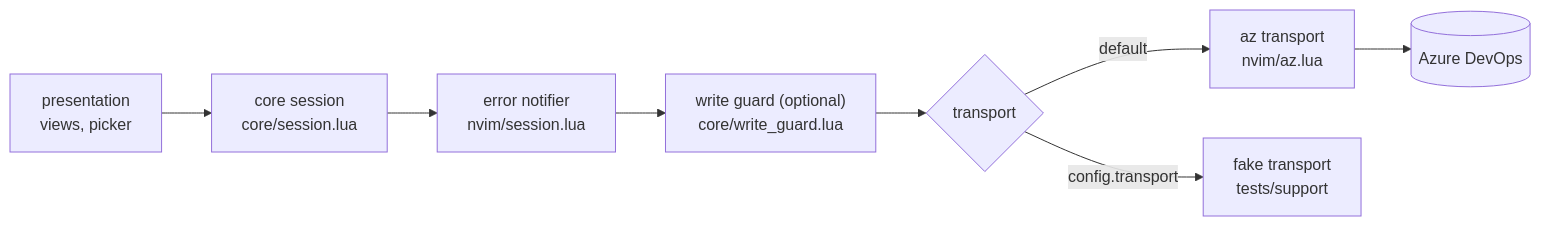
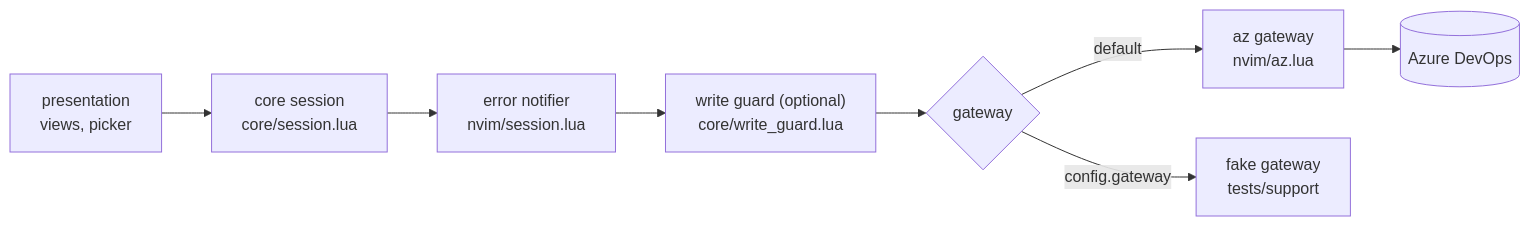
The first of 4 diagrams in docs/architecture.md (xpcoffee/nvim-ado-workitems), drawn with Mermaid before and after one commit. The commit also changed other lines of this file and 55 other files, not shown here.

First line of the commit message:
feat: call the ADO boundary a gateway; setup() takes gateway, transport is a deprecated alias

````diff
--- a/docs/architecture.md
+++ b/docs/architecture.md
@@ -24,10 +29,10 @@
 ```mermaid
 flowchart LR
   UI["presentation<br/>views, picker"] --> S["core session<br/>core/session.lua"]
   S --> N["error notifier<br/>nvim/session.lua"]
   N --> G["write guard (optional)<br/>core/write_guard.lua"]
-  G --> T{"transport"}
-  T -->|default| AZ["az transport<br/>nvim/az.lua"]
-  T -->|config.transport| F["fake transport<br/>tests/support"]
+  G --> T{"gateway"}
+  T -->|default| AZ["az gateway<br/>nvim/az.lua"]
+  T -->|config.gateway| F["fake gateway<br/>tests/support"]
   AZ --> ADO[("Azure DevOps")]
 ```
````
